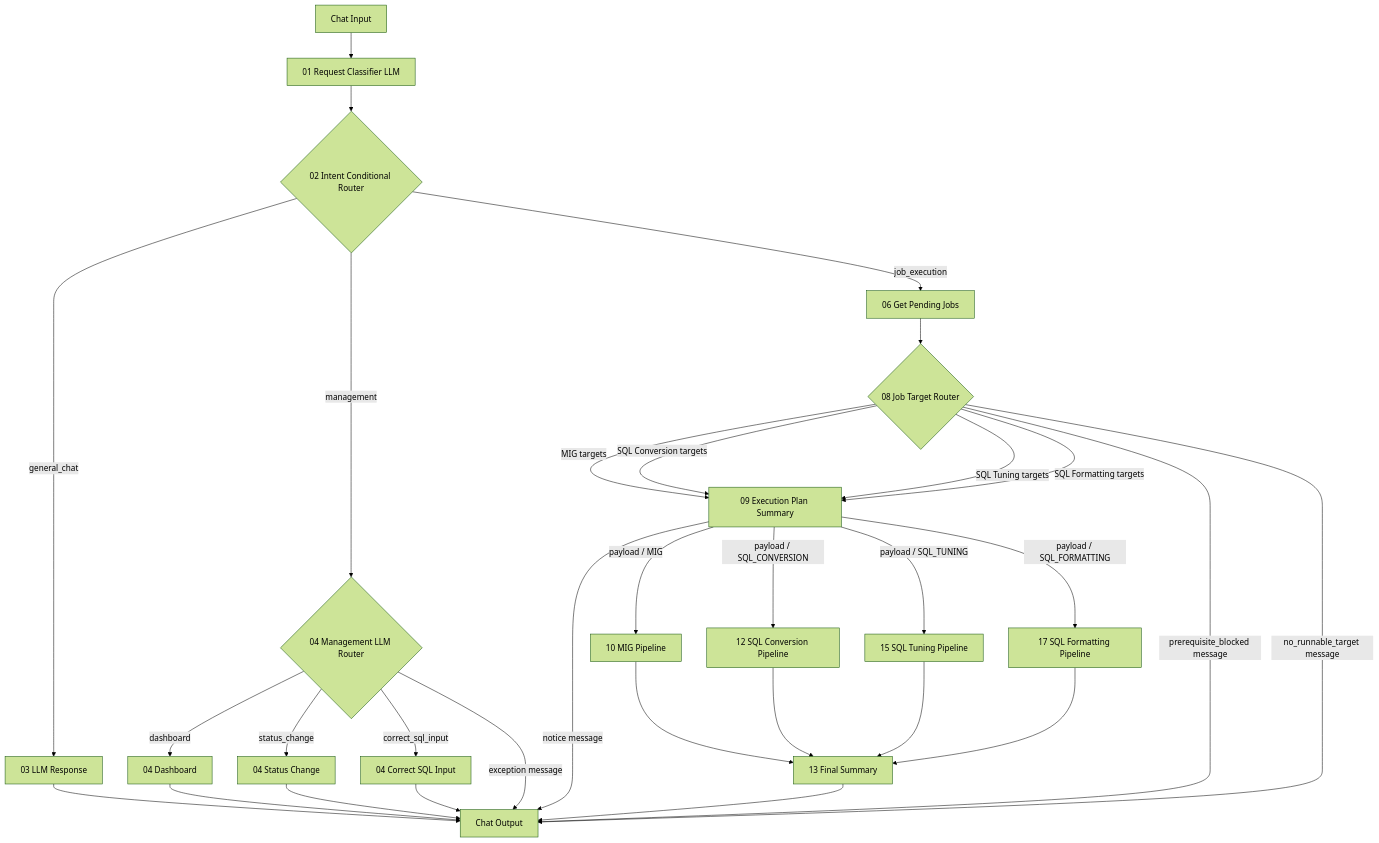
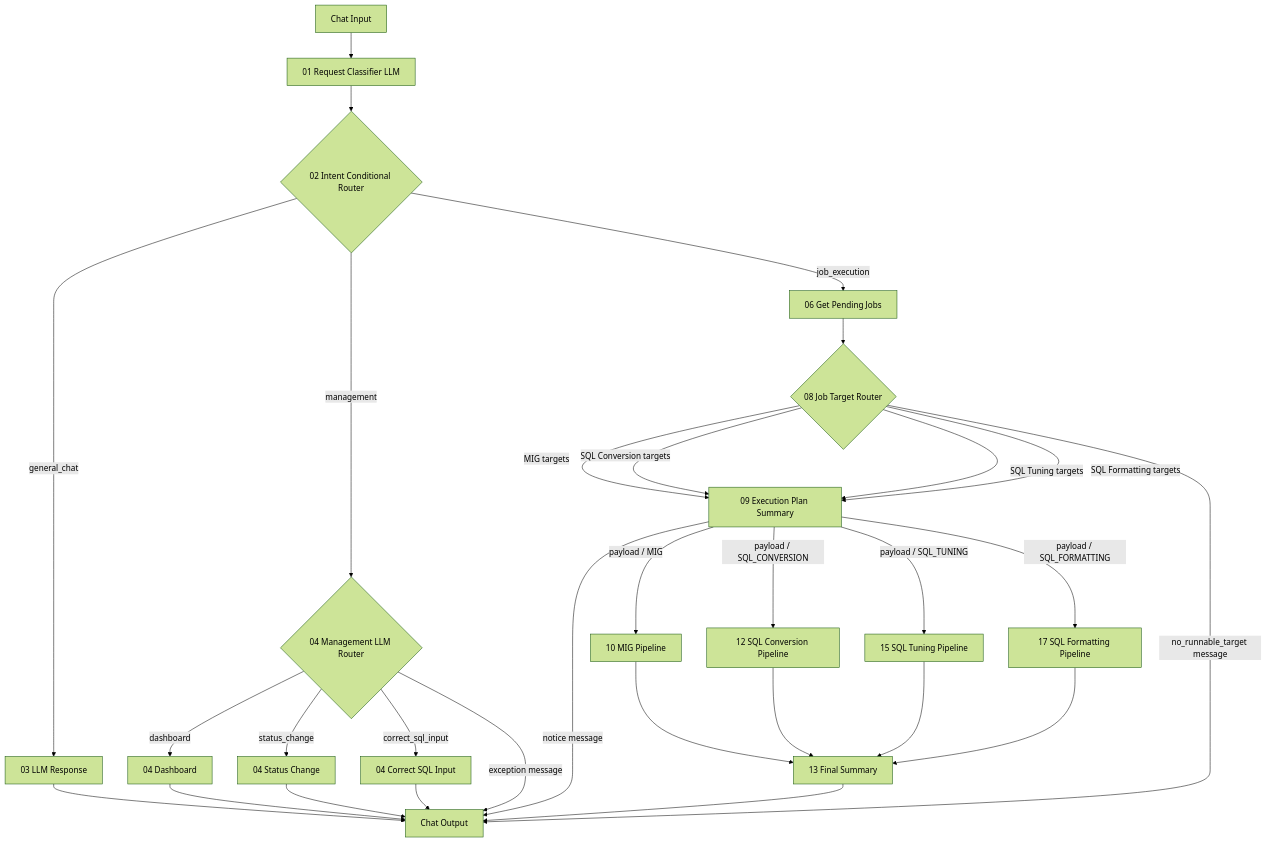
One commit to seongikjin227-jpg/refactoring_smartMigrate changed the diagram in langflow_260819_newType/00_architecture.md. Above: the diagram before and after it, drawn with Mermaid (forest theme). The commit also changed other lines of this file and 5 other files, not shown here.

````diff
--- a/langflow_260819_newType/00_architecture.md
+++ b/langflow_260819_newType/00_architecture.md
@@ -20,40 +20,39 @@
 ```mermaid
 flowchart TD
     A["Chat Input"] --> B["01 Request Classifier LLM"]
     B --> C{"02 Intent Conditional Router"}
 
     C -->|general_chat| D["03 LLM Response"]
     C -->|management| E{"04 Management LLM Router"}
     C -->|job_execution| G["06 Get Pending Jobs"]
 
     E -->|dashboard| E1["04 Dashboard"]
     E -->|status_change| E2["04 Status Change"]
     E -->|correct_sql_input| E3["04 Correct SQL Input"]
     E -->|exception message| OUT["Chat Output"]
 
     G --> H{"08 Job Target Router"}
 
     H -->|MIG targets| P["09 Execution Plan Summary"]
     H -->|SQL Conversion targets| P
     H -->|SQL Tuning targets| P
     H -->|SQL Formatting targets| P
-    H -->|prerequisite_blocked message| OUT
     H -->|no_runnable_target message| OUT
 
     P -->|notice message| OUT
     P -->|payload / MIG| M["10 MIG Pipeline"]
     P -->|payload / SQL_CONVERSION| C2["12 SQL Conversion Pipeline"]
     P -->|payload / SQL_TUNING| T2["15 SQL Tuning Pipeline"]
     P -->|payload / SQL_FORMATTING| F2["17 SQL Formatting Pipeline"]
 
     M --> S3["13 Final Summary"]
     C2 --> S3
     T2 --> S3
     F2 --> S3
 
     D --> OUT
     E1 --> OUT
     E2 --> OUT
     E3 --> OUT
     S3 --> OUT
 ```
````
